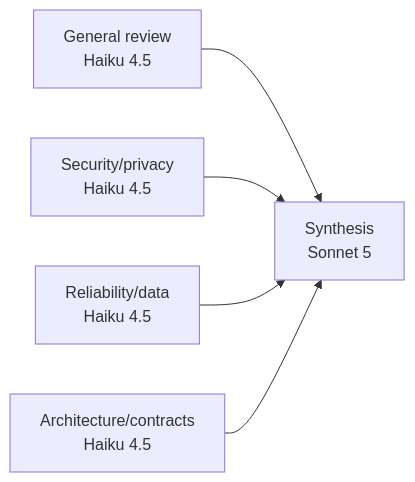
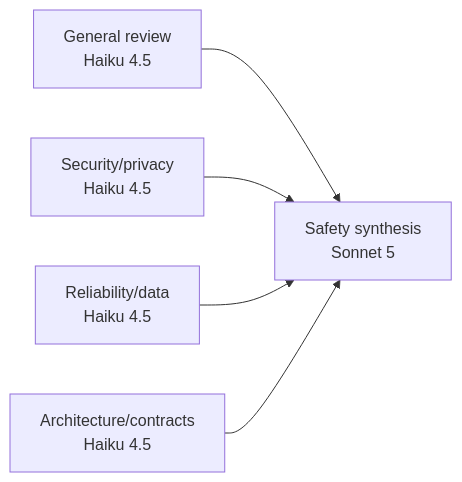
The second of 2 diagrams in docs/hermes/DD-pr-safety-kanban-council.md (Zhachory1/ai-pr-automation), drawn with Mermaid before and after one commit. The commit also changed other lines of this file and 5 other files, not shown here.

````diff
--- a/docs/hermes/DD-pr-safety-kanban-council.md
+++ b/docs/hermes/DD-pr-safety-kanban-council.md
@@ -246,7 +84,7 @@
 ```mermaid
 graph LR
-    R["General review\nHaiku 4.5"] --> Y["Synthesis\nSonnet 5"]
+    R["General review\nHaiku 4.5"] --> Y["Safety synthesis\nSonnet 5"]
     S["Security/privacy\nHaiku 4.5"] --> Y
     E["Reliability/data\nHaiku 4.5"] --> Y
     A["Architecture/contracts\nHaiku 4.5"] --> Y
 ```
````
